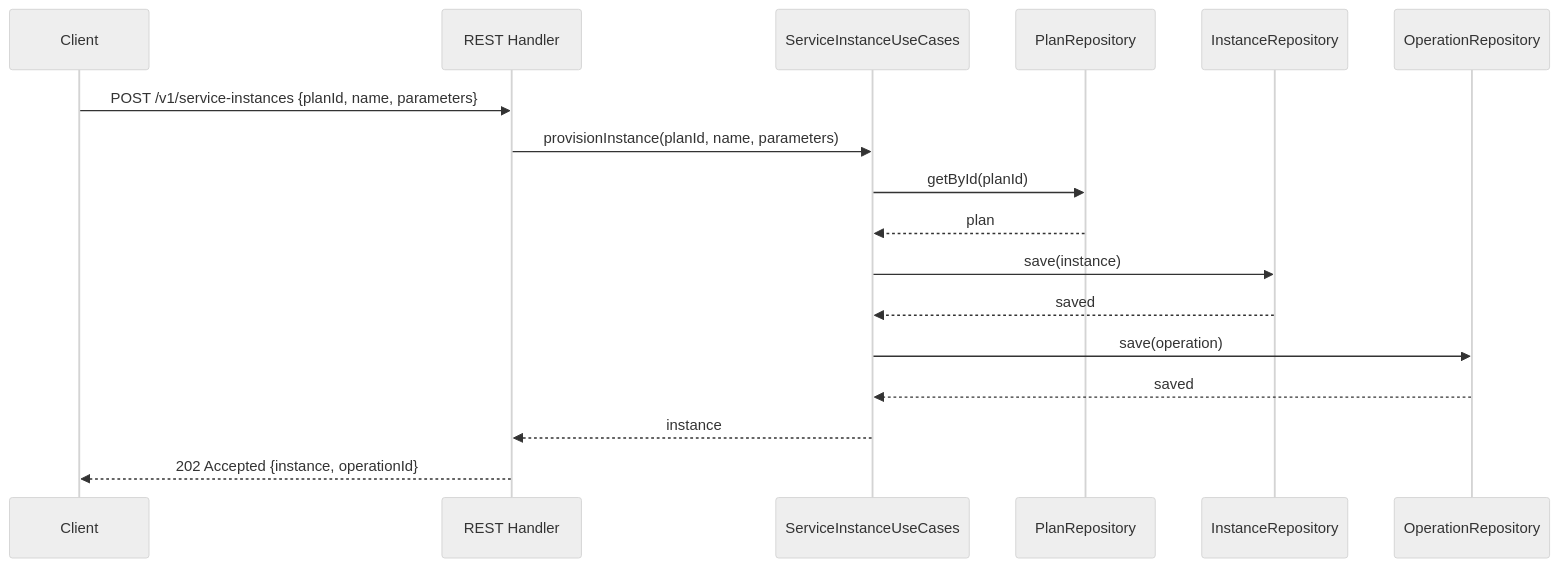
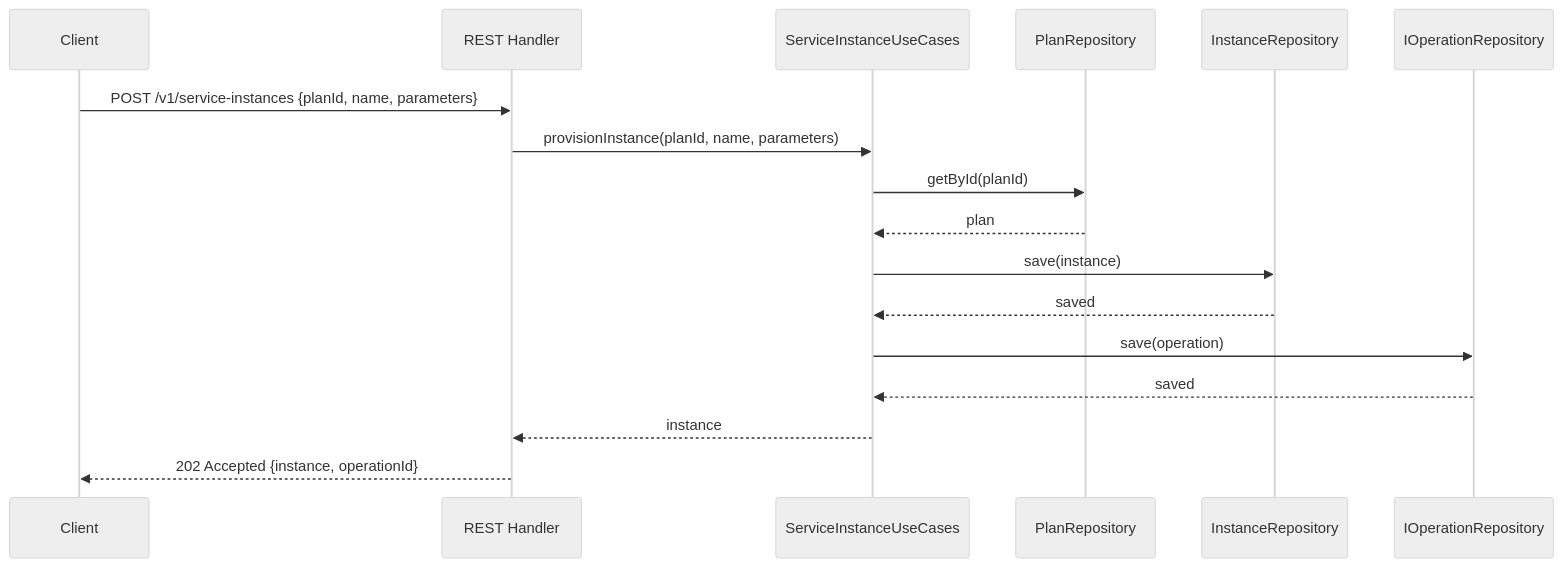
One commit to UIMSolutions/uim-platform changed the third of 3 diagrams in service-manager/UML.md. Above: the diagram before and after it, drawn with Mermaid (neutral theme). The commit also changed 54 other files, not shown here.

````diff
--- a/service-manager/UML.md
+++ b/service-manager/UML.md
@@ -109,20 +109,20 @@
 ```mermaid
 sequenceDiagram
     participant C as Client
     participant R as REST Handler
     participant UC as ServiceInstanceUseCases
     participant PR as PlanRepository
     participant IR as InstanceRepository
-    participant OR as OperationRepository
+    participant OR as IOperationRepository
 
     C->>R: POST /v1/service-instances {planId, name, parameters}
     R->>UC: provisionInstance(planId, name, parameters)
     UC->>PR: getById(planId)
     PR-->>UC: plan
     UC->>IR: save(instance)
     IR-->>UC: saved
     UC->>OR: save(operation)
     OR-->>UC: saved
     UC-->>R: instance
     R-->>C: 202 Accepted {instance, operationId}
 ```
````
